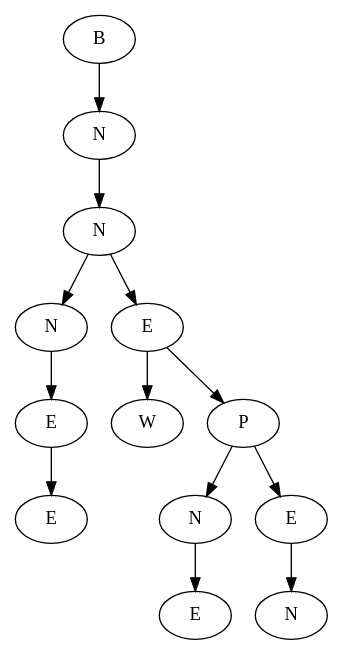
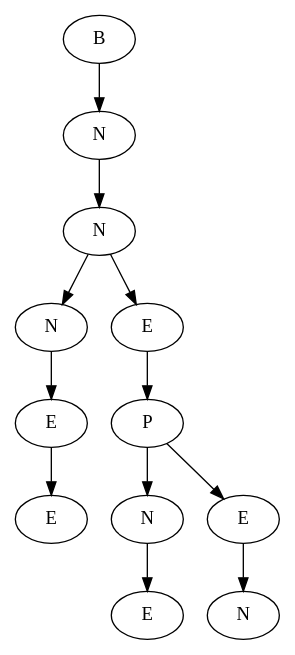
The diagram in Tom and Jerry/viz.dot (Iliyan0411/Data-Structures), drawn with Graphviz before and after one commit. The commit also changed 8 other files, not shown here.

```diff
--- a/Tom and Jerry/viz.dot
+++ b/Tom and Jerry/viz.dot
@@ -1,27 +1,25 @@
 digraph G{
-14976840[label="E"]
-14976224[label="E"]
-14976224->14976840;
-14975608[label="N"]
-14975608->14976224;
-14976896[label="W"]
-14977208[label="E"]
-14977112[label="N"]
-14977112->14977208;
-14977264[label="N"]
-14976800[label="E"]
-14976800->14977264;
-14977016[label="P"]
-14977016->14977112;
-14977016->14976800;
-14976928[label="E"]
-14976928->14976896;
-14976928->14977016;
-14974992[label="N"]
-14974992->14975608;
-14974992->14976928;
-14974928[label="N"]
-14974928->14974992;
-14971032[label="B"]
-14971032->14974928;
+7440200[label="E"]
+7439584[label="E"]
+7439584->7440200;
+7438968[label="N"]
+7438968->7439584;
+7440568[label="E"]
+7440472[label="N"]
+7440472->7440568;
+7440624[label="N"]
+7440160[label="E"]
+7440160->7440624;
+7440376[label="P"]
+7440376->7440472;
+7440376->7440160;
+7440288[label="E"]
+7440288->7440376;
+7438352[label="N"]
+7438352->7438968;
+7438352->7440288;
+7438288[label="N"]
+7438288->7438352;
+7434392[label="B"]
+7434392->7438288;
 }
```
